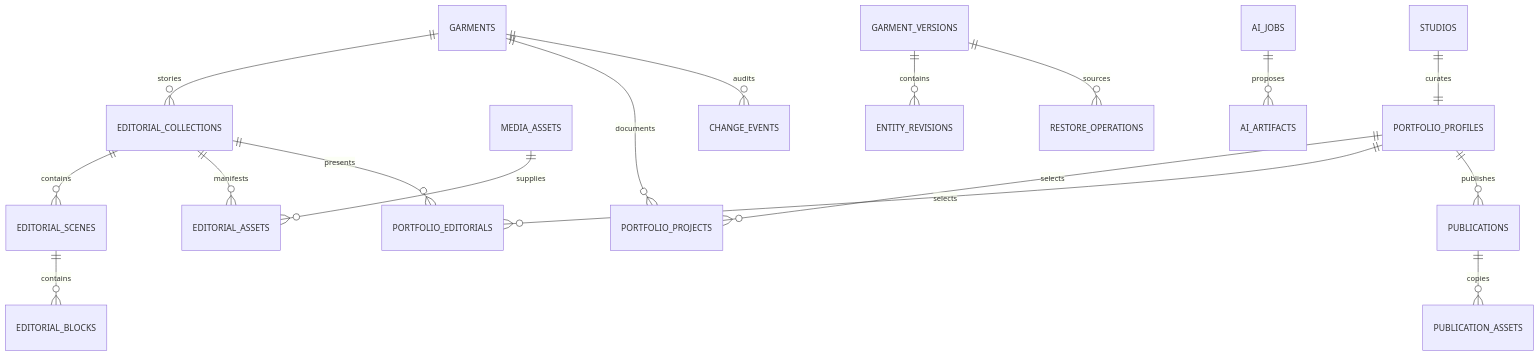
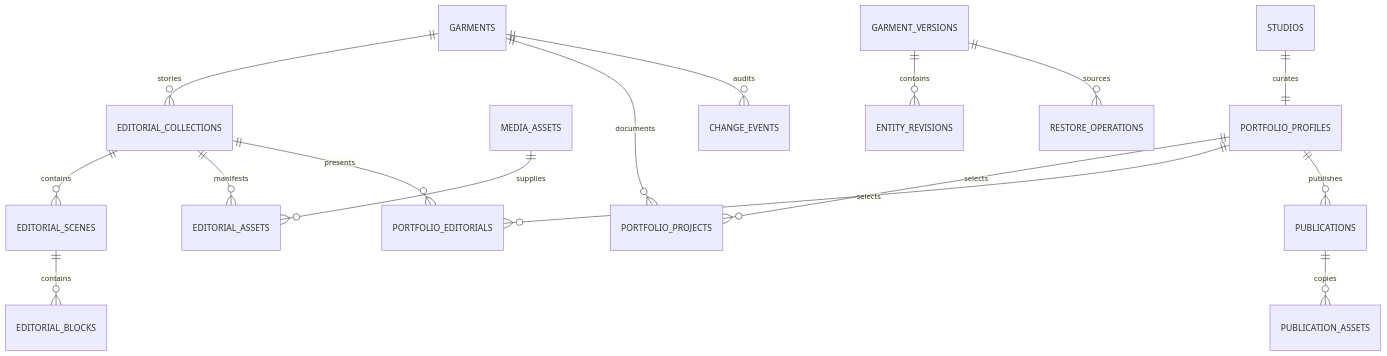
The fourth of 5 diagrams in docs/schema/ML_STUDIO_2_CANONICAL_SCHEMA.md (SudoLux/mystic-lore-studio), drawn with Mermaid before and after one commit. The commit also changed other lines of this file and 29 other files, not shown here.

````diff
--- a/docs/schema/ML_STUDIO_2_CANONICAL_SCHEMA.md
+++ b/docs/schema/ML_STUDIO_2_CANONICAL_SCHEMA.md
@@ -160,19 +160,18 @@
 ```mermaid
 erDiagram
   GARMENTS ||--o{ EDITORIAL_COLLECTIONS : stories
   EDITORIAL_COLLECTIONS ||--o{ EDITORIAL_SCENES : contains
   EDITORIAL_SCENES ||--o{ EDITORIAL_BLOCKS : contains
   EDITORIAL_COLLECTIONS ||--o{ EDITORIAL_ASSETS : manifests
   MEDIA_ASSETS ||--o{ EDITORIAL_ASSETS : supplies
   STUDIOS ||--|| PORTFOLIO_PROFILES : curates
   PORTFOLIO_PROFILES ||--o{ PORTFOLIO_PROJECTS : selects
   GARMENTS ||--o{ PORTFOLIO_PROJECTS : documents
   PORTFOLIO_PROFILES ||--o{ PORTFOLIO_EDITORIALS : selects
   EDITORIAL_COLLECTIONS ||--o{ PORTFOLIO_EDITORIALS : presents
   GARMENT_VERSIONS ||--o{ ENTITY_REVISIONS : contains
   GARMENTS ||--o{ CHANGE_EVENTS : audits
   GARMENT_VERSIONS ||--o{ RESTORE_OPERATIONS : sources
-  AI_JOBS ||--o{ AI_ARTIFACTS : proposes
   PORTFOLIO_PROFILES ||--o{ PUBLICATIONS : publishes
   PUBLICATIONS ||--o{ PUBLICATION_ASSETS : copies
 ```
````
